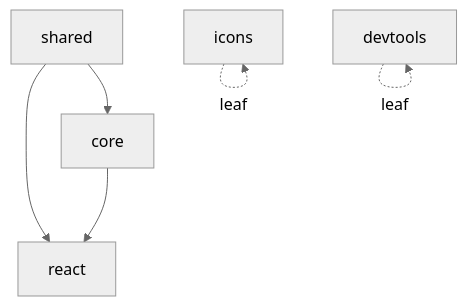
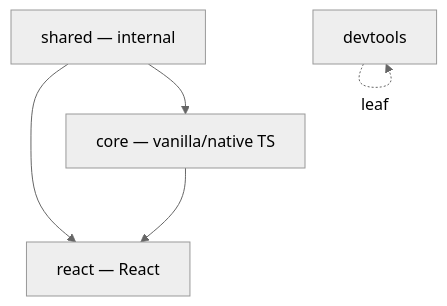
One commit to localfirstai/bettertui changed the second of 6 diagrams in docs/architecture/overview.md. Above: the diagram before and after it, drawn with Mermaid (neutral theme). The commit also changed other lines of this file and 38 other files, not shown here.

````diff
--- a/docs/architecture/overview.md
+++ b/docs/architecture/overview.md
@@ -79,13 +78,11 @@
 ```mermaid
 graph TD
-    shared[shared]
-    core[core]
-    react[react]
-    icons[icons]
+    shared[shared — internal]
+    core[core — vanilla/native TS]
+    react[react — React]
     devtools[devtools]
     shared --> core
     shared --> react
     core --> react
-    icons -.leaf.-> icons
     devtools -.leaf.-> devtools
 ```
````
